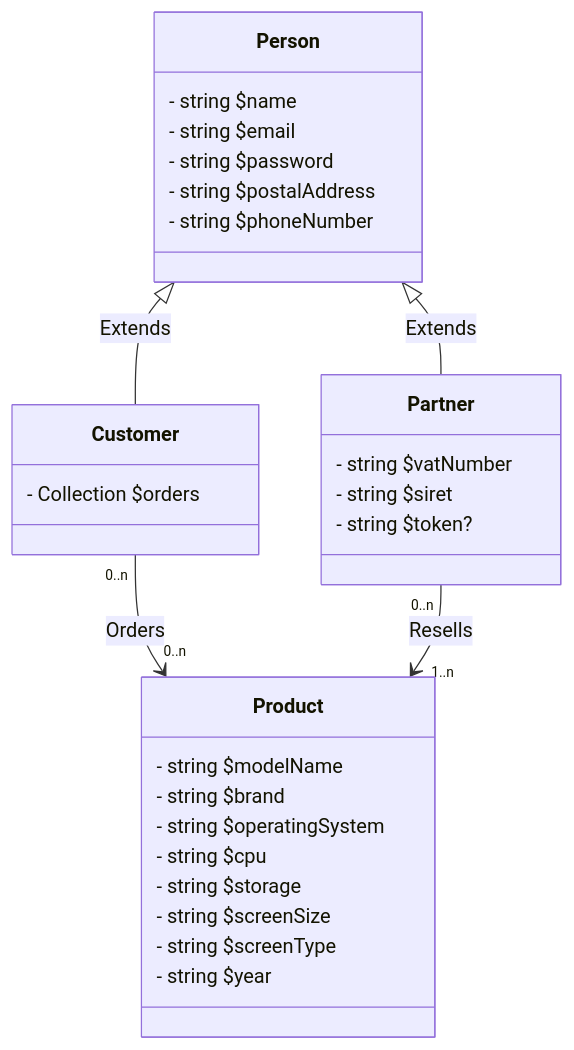
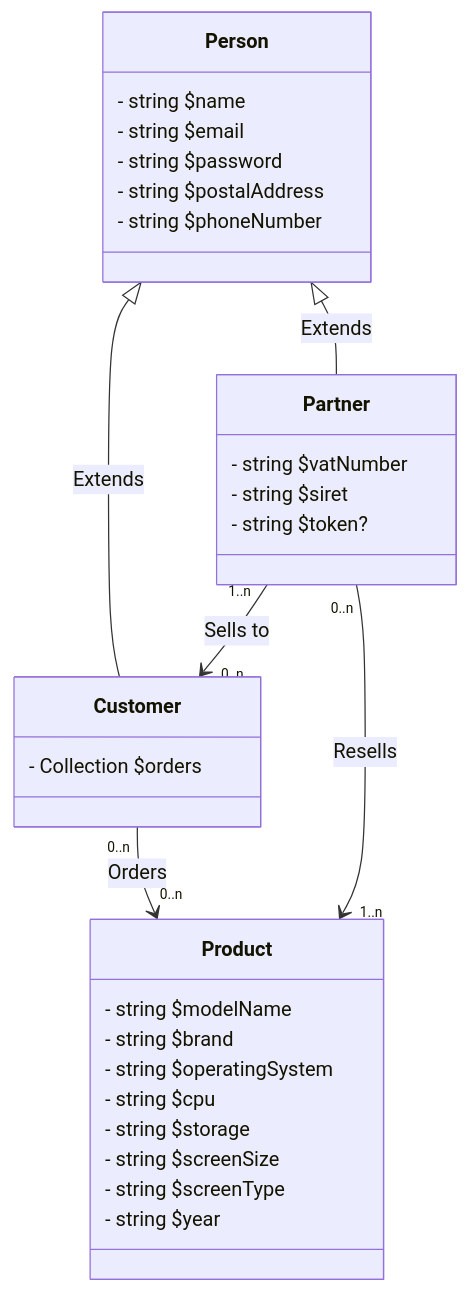
Before and after one commit to Palingenae/OC-P7-BileMo: the diagram in doc/diagrams/classes.md, drawn with Mermaid.

Commit message:
update: add cardinality

````diff
--- a/doc/diagrams/classes.md
+++ b/doc/diagrams/classes.md
@@ -1,35 +1,36 @@
 ```mermaid
     classDiagram
         Person <|-- Customer: Extends
         Person <|-- Partner: Extends
         Customer "0..n" --> "0..n" Product: Orders
         Partner "0..n" --> "1..n" Product: Resells
+        Partner "1..n" --> "0..n" Customer: Sells to
         class Person {
             - string $name
             - string $email
             - string $password
             - string $postalAddress
             - string $phoneNumber
         }
         %% Those who will order the products %%
         class Customer {
             - Collection<Product> $orders
         }
         %% As in BileMo's Commercial Partner %%
         class Partner {
             - string $vatNumber
             - string $siret
             - string $token?
         }
         %% Asserting that they will only make a phone catalog %%
         class Product {
             - string $modelName
             - string $brand
             - string $operatingSystem
             - string $cpu
             - string $storage
             - string $screenSize
             - string $screenType
             - string $year
         }
 ```
````
